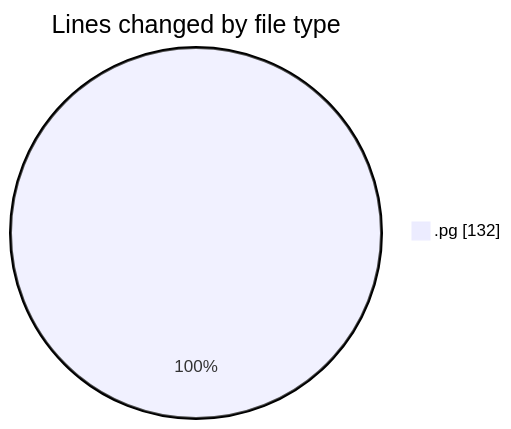
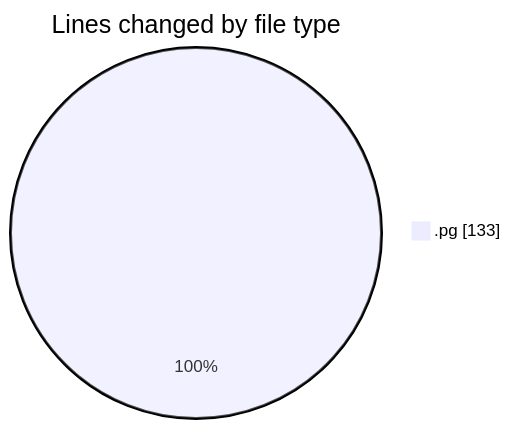
The first of 2 diagrams in 2025-05-19/fluxsdk-v0_4_0/README.md (charlie-sans/code-tracking), drawn with Mermaid before and after one commit. The commit also changed other lines of this file and 1 other file, not shown here.

````diff
--- a/2025-05-19/fluxsdk-v0_4_0/README.md
+++ b/2025-05-19/fluxsdk-v0_4_0/README.md
@@ -20,5 +20,5 @@
 ```mermaid
 pie showData
 title Lines changed by file type
-".pg" : 132
+".pg" : 133
 ```
````
